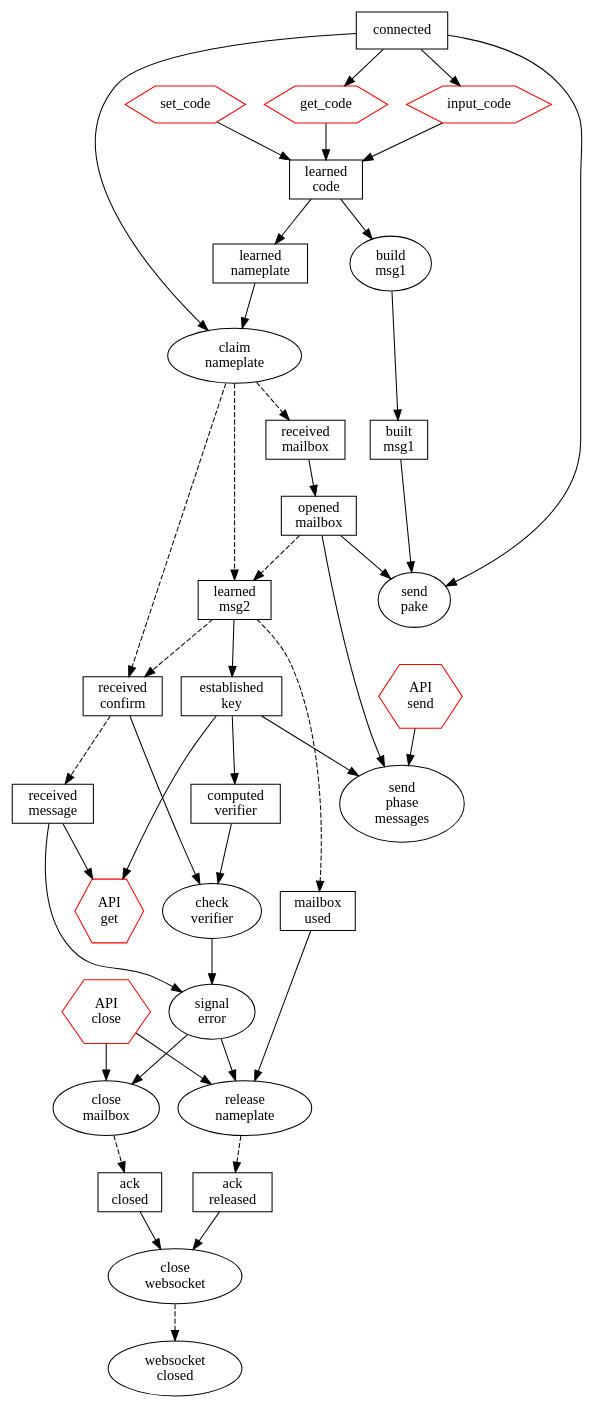
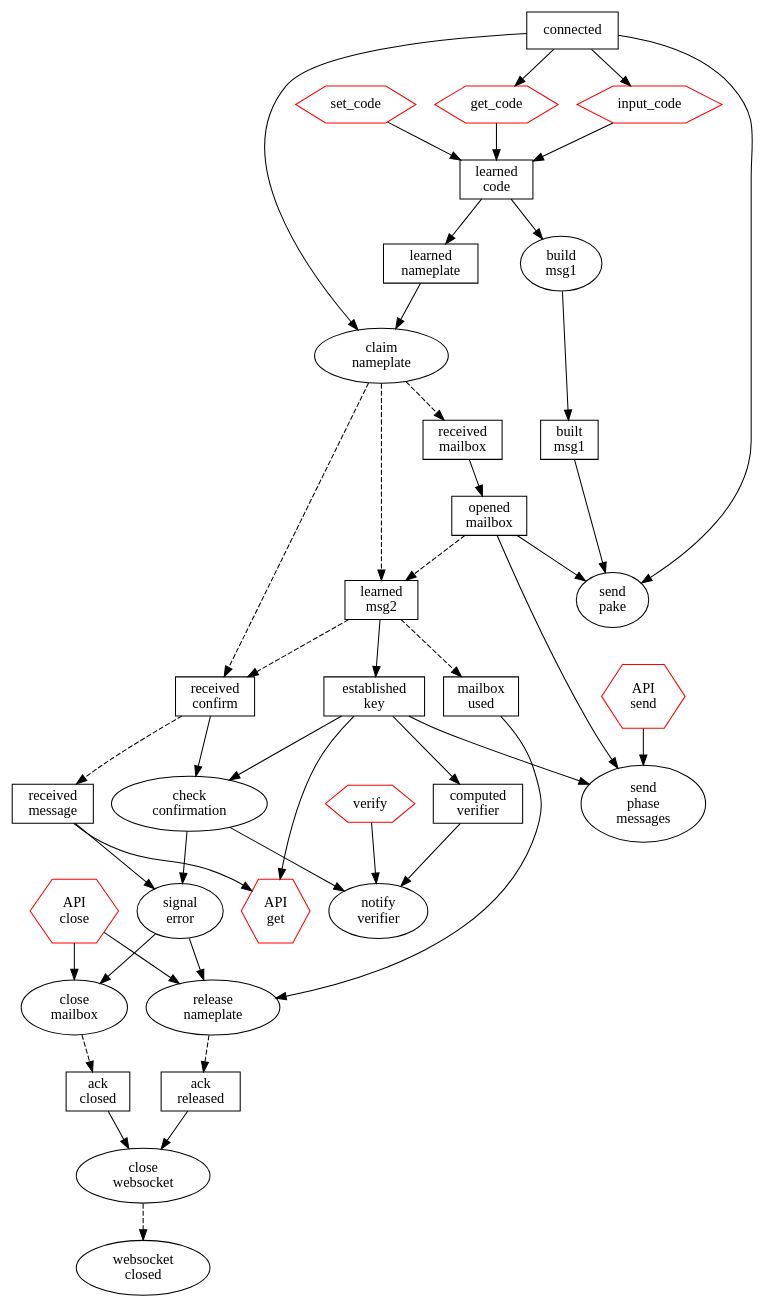
Before and after one commit to magic-wormhole/magic-wormhole: the diagram in docs/events.dot, drawn with Graphviz.

Commit message:
update events.dot with check-verifier logic

```diff
--- a/docs/events.dot
+++ b/docs/events.dot
@@ -1,94 +1,98 @@
 digraph {
         /*rankdir=LR*/
         api_get_code [label="get_code" shape="hexagon" color="red"]
         api_input_code [label="input_code" shape="hexagon" color="red"]
         api_set_code [label="set_code" shape="hexagon" color="red"]
+        verify [label="verify" shape="hexagon" color="red"]
         send [label="API\nsend" shape="hexagon" color="red"]
         get [label="API\nget" shape="hexagon" color="red"]
         close [label="API\nclose" shape="hexagon" color="red"]
 
         event_connected [label="connected" shape="box"]
         event_learned_code [label="learned\ncode" shape="box"]
         event_learned_nameplate [label="learned\nnameplate" shape="box"]
         event_received_mailbox [label="received\nmailbox" shape="box"]
         event_opened_mailbox [label="opened\nmailbox" shape="box"]
         event_built_msg1 [label="built\nmsg1" shape="box"]
         event_mailbox_used [label="mailbox\nused" shape="box"]
         event_learned_PAKE [label="learned\nmsg2" shape="box"]
         event_established_key [label="established\nkey" shape="box"]
         event_computed_verifier [label="computed\nverifier" shape="box"]
         event_received_confirm [label="received\nconfirm" shape="box"]
         event_received_message [label="received\nmessage" shape="box"]
         event_received_released [label="ack\nreleased" shape="box"]
         event_received_closed [label="ack\nclosed" shape="box"]
 
         event_connected -> api_get_code
         event_connected -> api_input_code
         api_get_code -> event_learned_code
         api_input_code -> event_learned_code
         api_set_code -> event_learned_code
 
 
         maybe_build_msg1 [label="build\nmsg1"]
         maybe_claim_nameplate [label="claim\nnameplate"]
         maybe_send_pake [label="send\npake"]
         maybe_send_phase_messages [label="send\nphase\nmessages"]
 
         event_connected -> maybe_claim_nameplate
         event_connected -> maybe_send_pake
 
         event_built_msg1 -> maybe_send_pake
 
         event_learned_code -> maybe_build_msg1
         event_learned_code -> event_learned_nameplate
 
         maybe_build_msg1 -> event_built_msg1
         event_learned_nameplate -> maybe_claim_nameplate
         maybe_claim_nameplate -> event_received_mailbox [style="dashed"]
 
         event_received_mailbox -> event_opened_mailbox
         maybe_claim_nameplate -> event_learned_PAKE [style="dashed"]
         maybe_claim_nameplate -> event_received_confirm [style="dashed"]
 
         event_opened_mailbox -> event_learned_PAKE [style="dashed"]
         event_learned_PAKE -> event_mailbox_used [style="dashed"]
         event_learned_PAKE -> event_received_confirm [style="dashed"]
         event_received_confirm -> event_received_message [style="dashed"]
 
         send -> maybe_send_phase_messages
         release_nameplate [label="release\nnameplate"]
         event_mailbox_used -> release_nameplate
         event_opened_mailbox -> maybe_send_pake
         event_opened_mailbox -> maybe_send_phase_messages
 
         event_learned_PAKE -> event_established_key
         event_established_key -> event_computed_verifier
+        event_established_key -> check_confirmation
         event_established_key -> maybe_send_phase_messages
 
-        check_verifier [label="check\nverifier"]
-        event_computed_verifier -> check_verifier
-        event_received_confirm -> check_verifier
+        check_confirmation [label="check\nconfirmation"]
+        event_received_confirm -> check_confirmation
 
-        check_verifier -> error
+        notify_verifier [label="notify\nverifier"]
+        check_confirmation -> notify_verifier
+        verify -> notify_verifier
+        event_computed_verifier -> notify_verifier
+
+        check_confirmation -> error
         event_received_message -> error
         event_received_message -> get
         event_established_key -> get
 
         close -> close_mailbox
         close -> release_nameplate
         error [label="signal\nerror"]
         error -> close_mailbox
         error -> release_nameplate
 
         release_nameplate -> event_received_released [style="dashed"]
         close_mailbox [label="close\nmailbox"]
         close_mailbox -> event_received_closed [style="dashed"]
 
         maybe_close_websocket [label="close\nwebsocket"]
         event_received_released -> maybe_close_websocket
         event_received_closed -> maybe_close_websocket
         maybe_close_websocket -> event_websocket_closed [style="dashed"]
         event_websocket_closed [label="websocket\nclosed"]
-        
-        
 }
```
